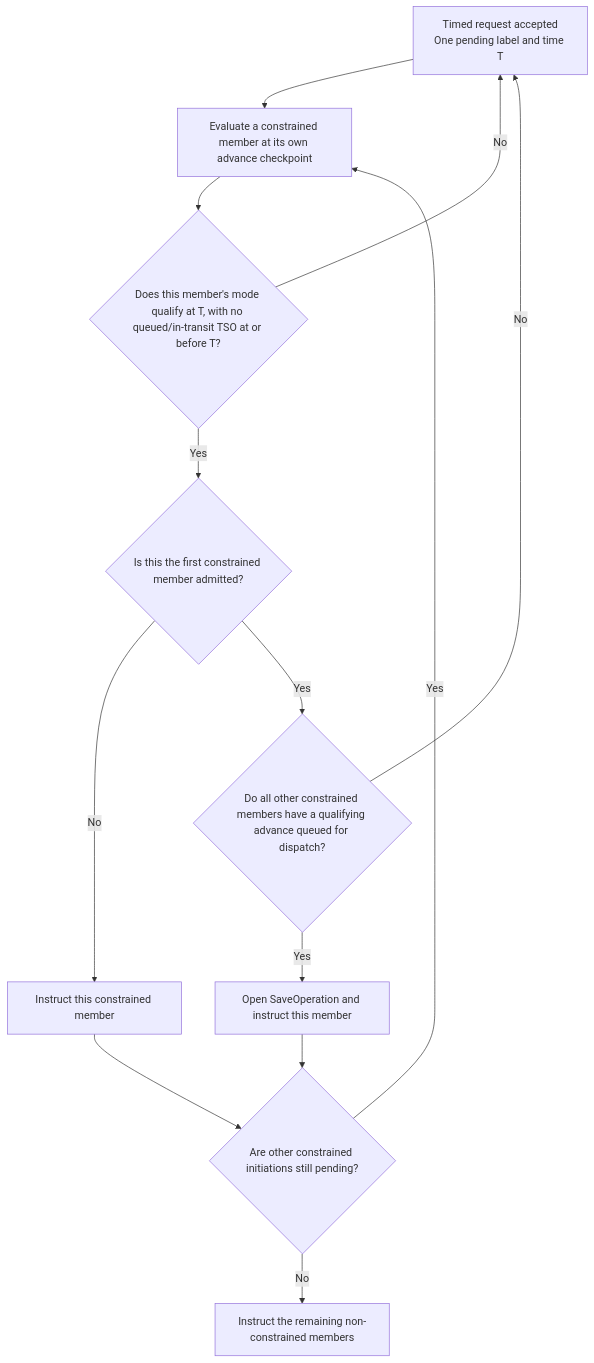
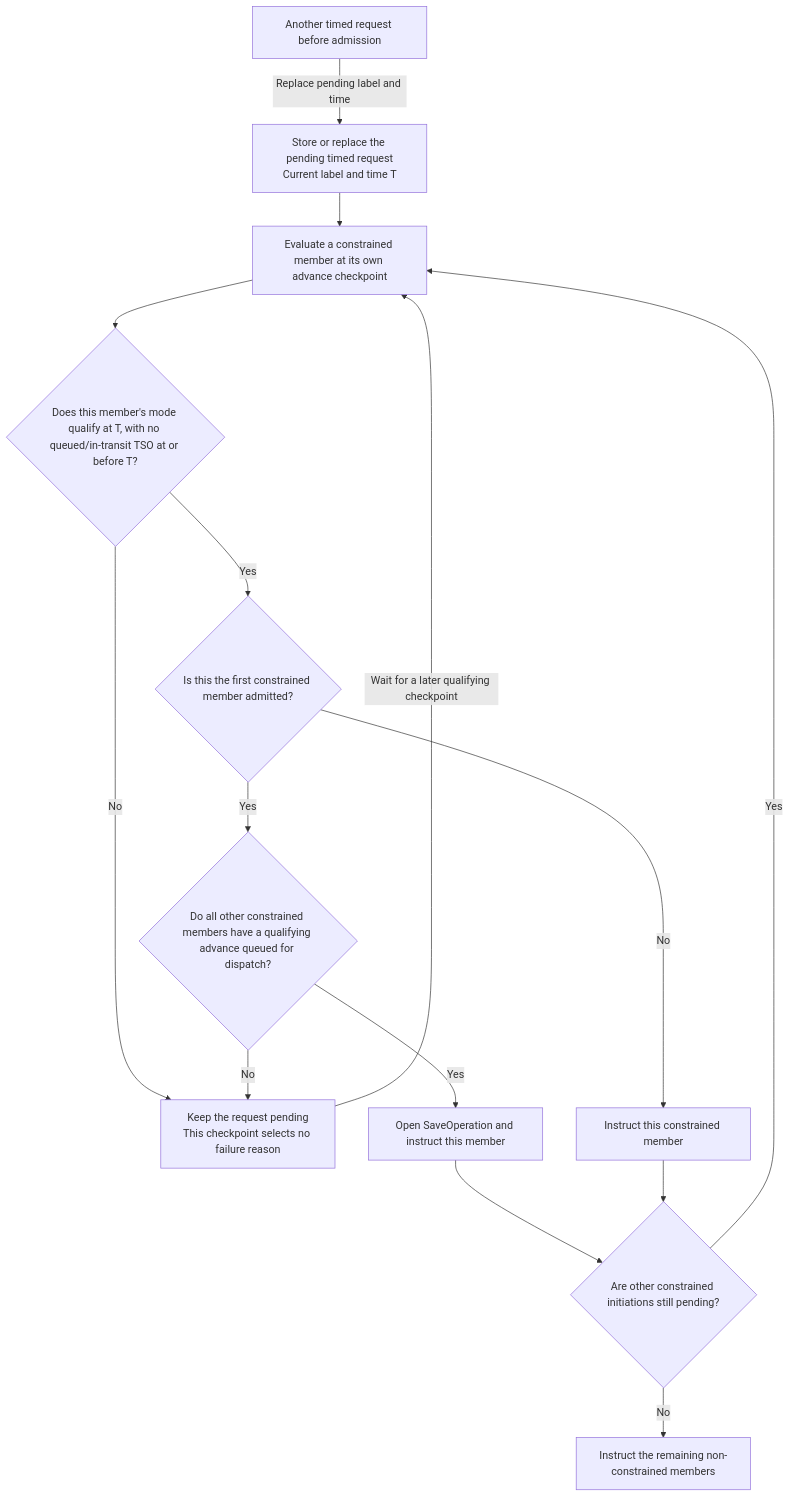
The eighth of 42 diagrams in docs/design/HLA-2025-FEDERATION-SAVE-RESTORE-FLOW-GUIDE.md (sheepfling/umbra), drawn with Mermaid before and after one commit. The commit also changed other lines of this file and 5 other files, not shown here.

Commit message:
docs: clarify timed Save pending state

````diff
--- a/docs/design/HLA-2025-FEDERATION-SAVE-RESTORE-FLOW-GUIDE.md
+++ b/docs/design/HLA-2025-FEDERATION-SAVE-RESTORE-FLOW-GUIDE.md
@@ -602,15 +602,17 @@
 ```mermaid
 flowchart TD
-  A["Timed request accepted<br/>One pending label and time T"] --> B["Evaluate a constrained member at its own advance checkpoint"]
+  A["Store or replace the pending timed request<br/>Current label and time T"] --> B["Evaluate a constrained member at its own advance checkpoint"]
   B --> C{"Does this member's mode qualify at T, with no queued/in-transit TSO at or before T?"}
-  C -->|No| A
+  C -->|No| P["Keep the request pending<br/>This checkpoint selects no failure reason"]
+  P -->|Wait for a later qualifying checkpoint| B
+  N["Another timed request before admission"] -->|Replace pending label and time| A
   C -->|Yes| D{"Is this the first constrained member admitted?"}
   D -->|No| G["Instruct this constrained member"]
   D -->|Yes| E{"Do all other constrained members have a qualifying advance queued for dispatch?"}
-  E -->|No| A
+  E -->|No| P
   E -->|Yes| F["Open SaveOperation and instruct this member"]
   F --> H{"Are other constrained initiations still pending?"}
   G --> H
   H -->|Yes| B
   H -->|No| I["Instruct the remaining non-constrained members"]
 ```
````
